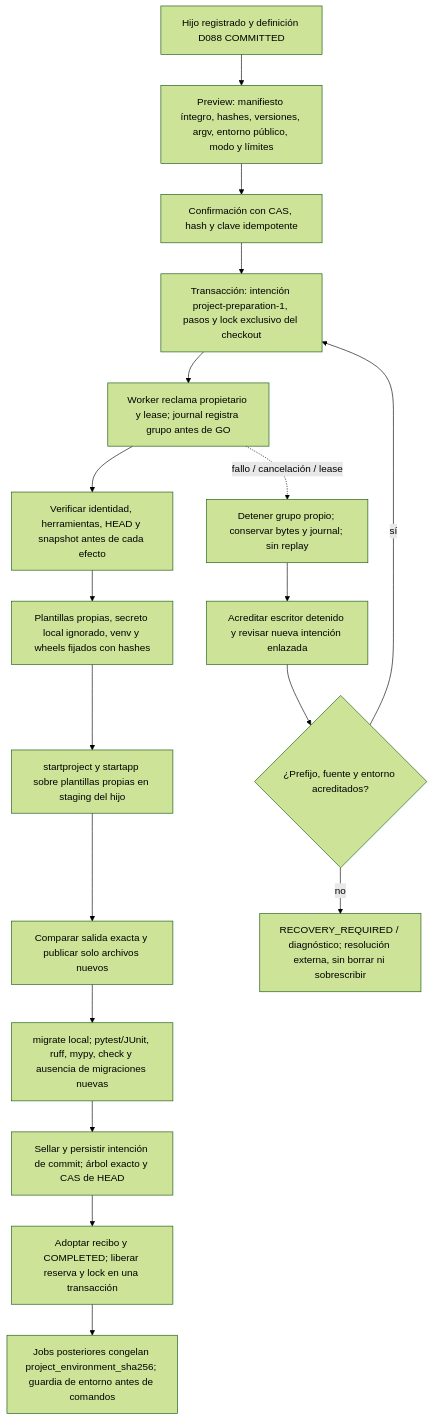
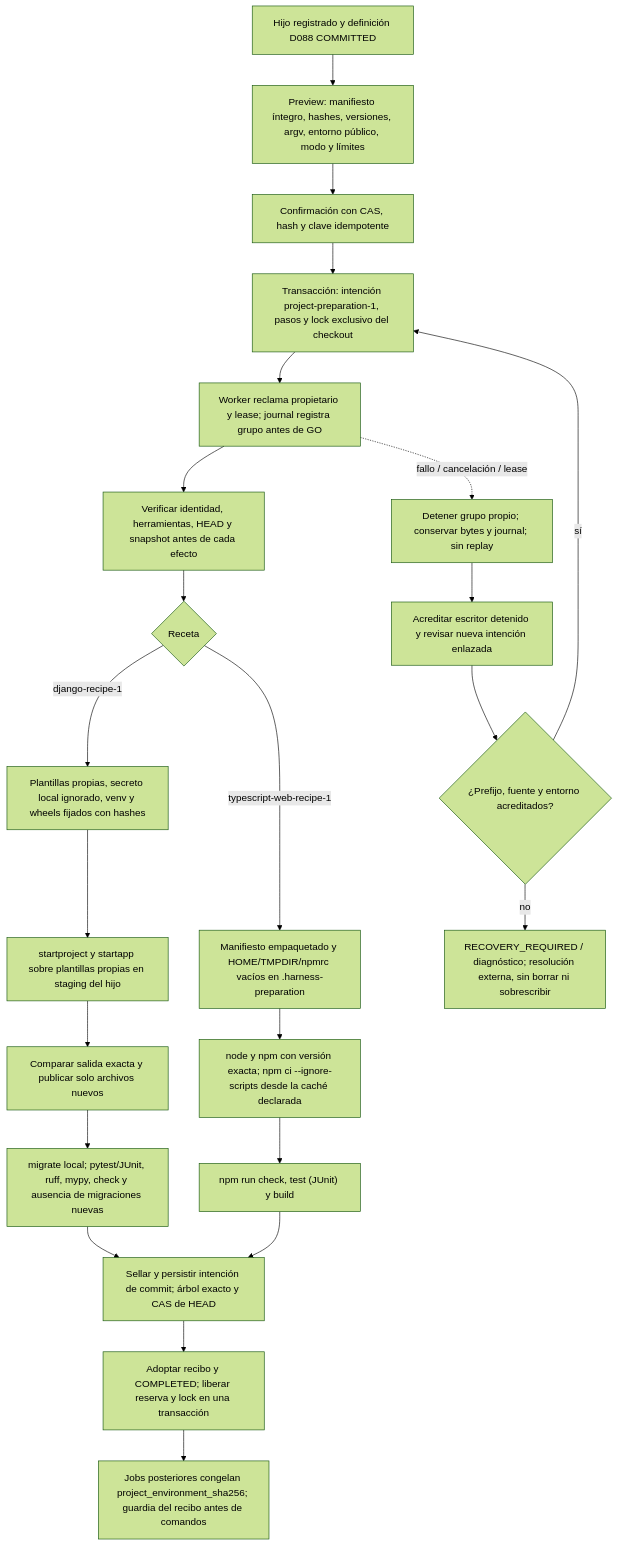
Before and after one commit to AcostaDDev/my-harness-archive: the diagram in docs/flows/project-preparation.md, drawn with Mermaid (forest theme). The commit also changed other lines of this file and 19 other files, not shown here.

First line of the commit message:
feat: implement P010-T002 typescript-web-recipe-1 preparation

````diff
--- a/docs/flows/project-preparation.md
+++ b/docs/flows/project-preparation.md
@@ -7,20 +13,25 @@
 ```mermaid
 flowchart TD
     D["Hijo registrado y definición D088 COMMITTED"] --> P["Preview: manifiesto íntegro, hashes, versiones, argv, entorno público, modo y límites"]
     P --> C["Confirmación con CAS, hash y clave idempotente"]
     C --> I["Transacción: intención project-preparation-1, pasos y lock exclusivo del checkout"]
     I --> W["Worker reclama propietario y lease; journal registra grupo antes de GO"]
     W --> V["Verificar identidad, herramientas, HEAD y snapshot antes de cada efecto"]
-    V --> E["Plantillas propias, secreto local ignorado, venv y wheels fijados con hashes"]
+    V --> RC{"Receta"}
+    RC -- django-recipe-1 --> E["Plantillas propias, secreto local ignorado, venv y wheels fijados con hashes"]
     E --> G["startproject y startapp sobre plantillas propias en staging del hijo"]
     G --> M["Comparar salida exacta y publicar solo archivos nuevos"]
     M --> T["migrate local; pytest/JUnit, ruff, mypy, check y ausencia de migraciones nuevas"]
+    RC -- typescript-web-recipe-1 --> F["Manifiesto empaquetado y HOME/TMPDIR/npmrc vacíos en .harness-preparation"]
+    F --> N["node y npm con versión exacta; npm ci --ignore-scripts desde la caché declarada"]
+    N --> U["npm run check, test (JUnit) y build"]
     T --> K["Sellar y persistir intención de commit; árbol exacto y CAS de HEAD"]
+    U --> K
     K --> R["Adoptar recibo y COMPLETED; liberar reserva y lock en una transacción"]
-    R --> J["Jobs posteriores congelan project_environment_sha256; guardia de entorno antes de comandos"]
+    R --> J["Jobs posteriores congelan project_environment_sha256; guardia del recibo antes de comandos"]
     W -. "fallo / cancelación / lease" .-> X["Detener grupo propio; conservar bytes y journal; sin replay"]
     X --> A["Acreditar escritor detenido y revisar nueva intención enlazada"]
     A --> B{"¿Prefijo, fuente y entorno acreditados?"}
     B -- sí --> I
     B -- no --> Q["RECOVERY_REQUIRED / diagnóstico; resolución externa, sin borrar ni sobrescribir"]
 ```
````
